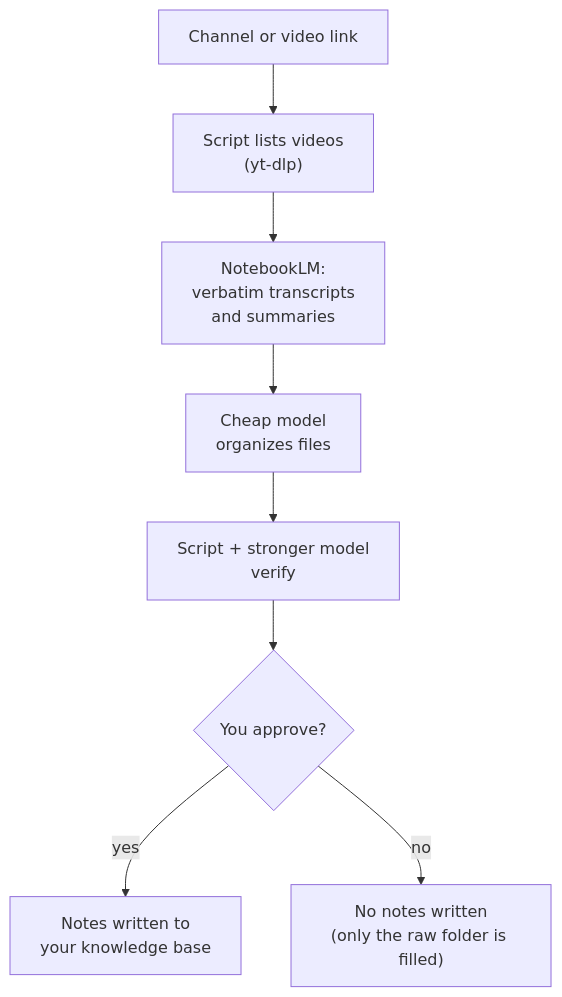
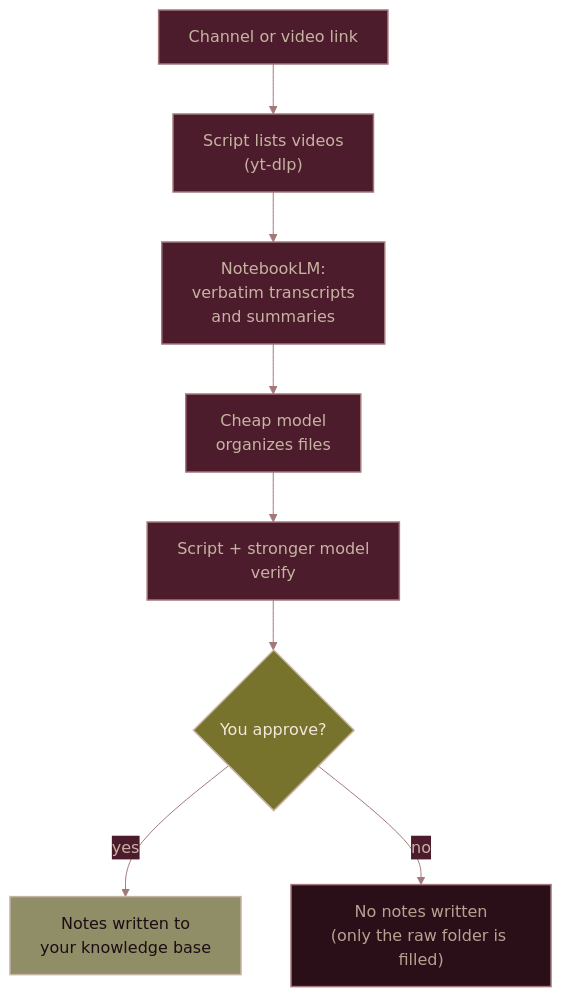
The diagram in README.md (jenny-gecglr/youtube-to-second-brain), drawn with Mermaid before and after one commit. The commit also changed other lines of this file and 2 other files, not shown here.

Commit message:
Add Flow-generated banner, credits and themed diagram

````diff
--- a/README.md
+++ b/README.md
@@ -24,10 +24,19 @@
 ```mermaid
+%%{init: {"theme":"base","themeVariables":{"fontFamily":"Georgia, serif","primaryColor":"#4D1C2C","primaryTextColor":"#C7B3A3","primaryBorderColor":"#A3787B","lineColor":"#A3787B","tertiaryTextColor":"#C7B3A3","edgeLabelBackground":"#4D1C2C"}}}%%
 flowchart TD
     A["Channel or video link"] --> B["Script lists videos<br/>(yt-dlp)"]
     B --> C["NotebookLM:<br/>verbatim transcripts<br/>and summaries"]
     C --> D["Cheap model<br/>organizes files"]
     D --> E["Script + stronger model<br/>verify"]
     E --> F{"You approve?"}
     F -- yes --> G["Notes written to<br/>your knowledge base"]
     F -- no --> H["No notes written<br/>(only the raw folder is filled)"]
+    classDef base fill:#4D1C2C,stroke:#A3787B,color:#C7B3A3,stroke-width:1.5px
+    classDef ask fill:#77732C,stroke:#C7B3A3,color:#F2E8DD,stroke-width:1.5px
+    classDef done fill:#8F8E66,stroke:#C7B3A3,color:#1D0C15,stroke-width:1.5px
+    classDef stop fill:#2A0F19,stroke:#A3787B,color:#B8A292,stroke-width:1.5px
+    class A,B,C,D,E base
+    class F ask
+    class G done
+    class H stop
 ```
````
